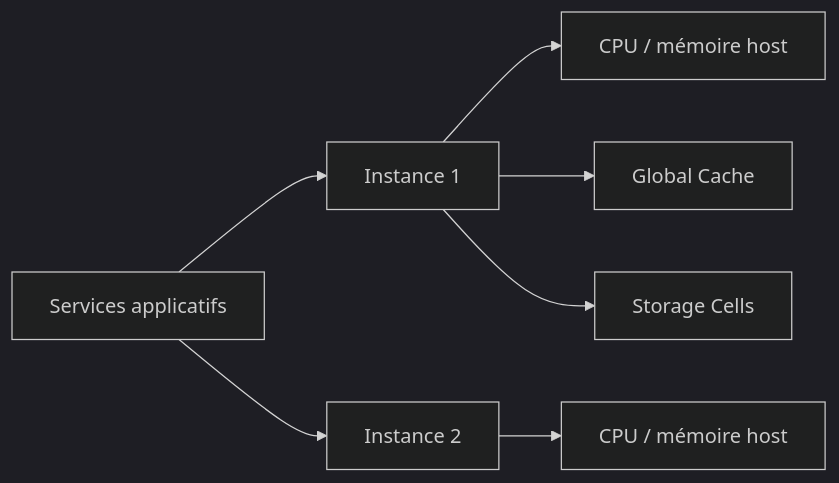
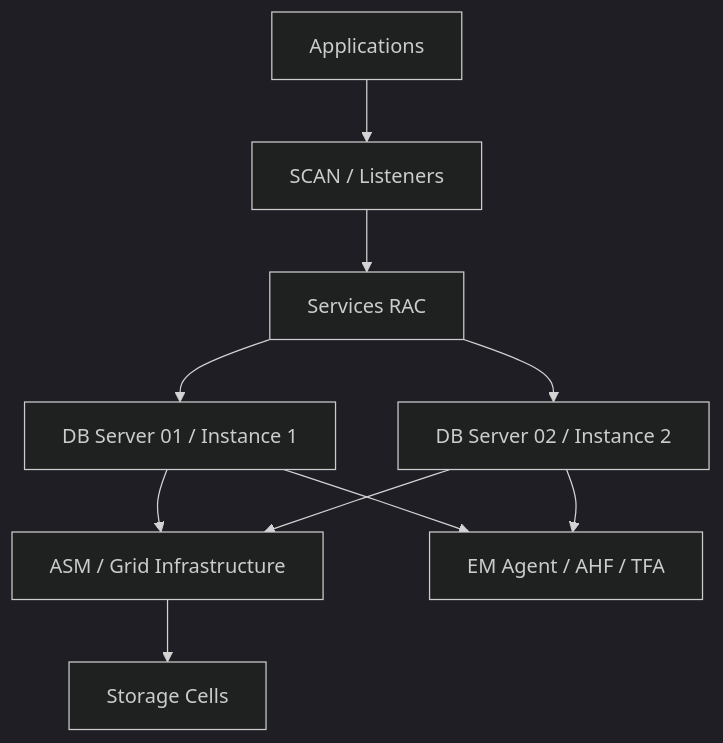
The diagram in modules/18-monitoring-database-servers.md (zdmooc/oracle-exadata-infra-ha-dr-course-labs-v5), drawn with Mermaid (dark theme) before and after one commit. The commit also changed other lines of this file and 3 other files, not shown here.

````diff
--- a/modules/18-monitoring-database-servers.md
+++ b/modules/18-monitoring-database-servers.md
@@ -166,9 +54,14 @@
 ```mermaid
-flowchart LR
-    SVC[Services applicatifs] --> I1[Instance 1]
-    SVC --> I2[Instance 2]
-    I1 --> CPU1[CPU / mémoire host]
-    I2 --> CPU2[CPU / mémoire host]
-    I1 --> GC[Global Cache]
-    I1 --> CELL[Storage Cells]
+flowchart TB
+    APP[Applications] --> SCAN[SCAN / Listeners]
+    SCAN --> SVC[Services RAC]
+    SVC --> DB1[DB Server 01 / Instance 1]
+    SVC --> DB2[DB Server 02 / Instance 2]
+
+    DB1 --> ASM[ASM / Grid Infrastructure]
+    DB2 --> ASM
+    ASM --> CELL[Storage Cells]
+
+    DB1 --> EM[EM Agent / AHF / TFA]
+    DB2 --> EM
 ```
````
